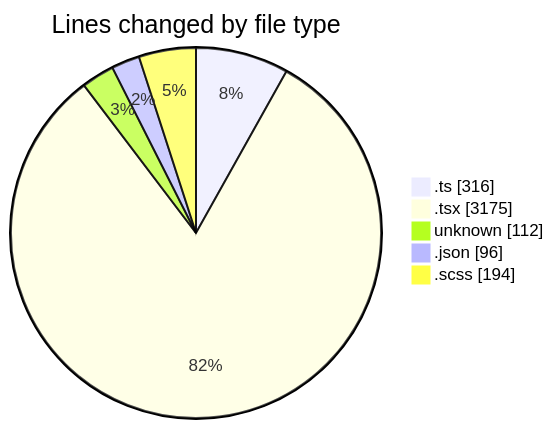
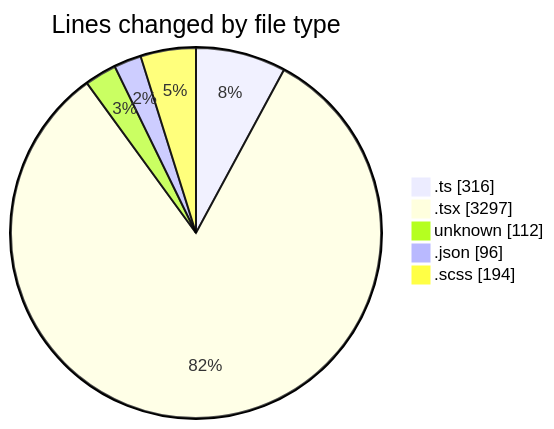
One commit to momahboobian/code-tracking changed the first of 2 diagrams in 2026-04-29/cda/README.md. Above: the diagram before and after it, drawn with Mermaid. The commit also changed other lines of this file and 1 other file, not shown here.

````diff
--- a/2026-04-29/cda/README.md
+++ b/2026-04-29/cda/README.md
@@ -52,9 +52,9 @@
 ```mermaid
 pie showData
 title Lines changed by file type
 ".ts" : 316
-".tsx" : 3175
+".tsx" : 3297
 "unknown" : 112
 ".json" : 96
 ".scss" : 194
 ```
````
